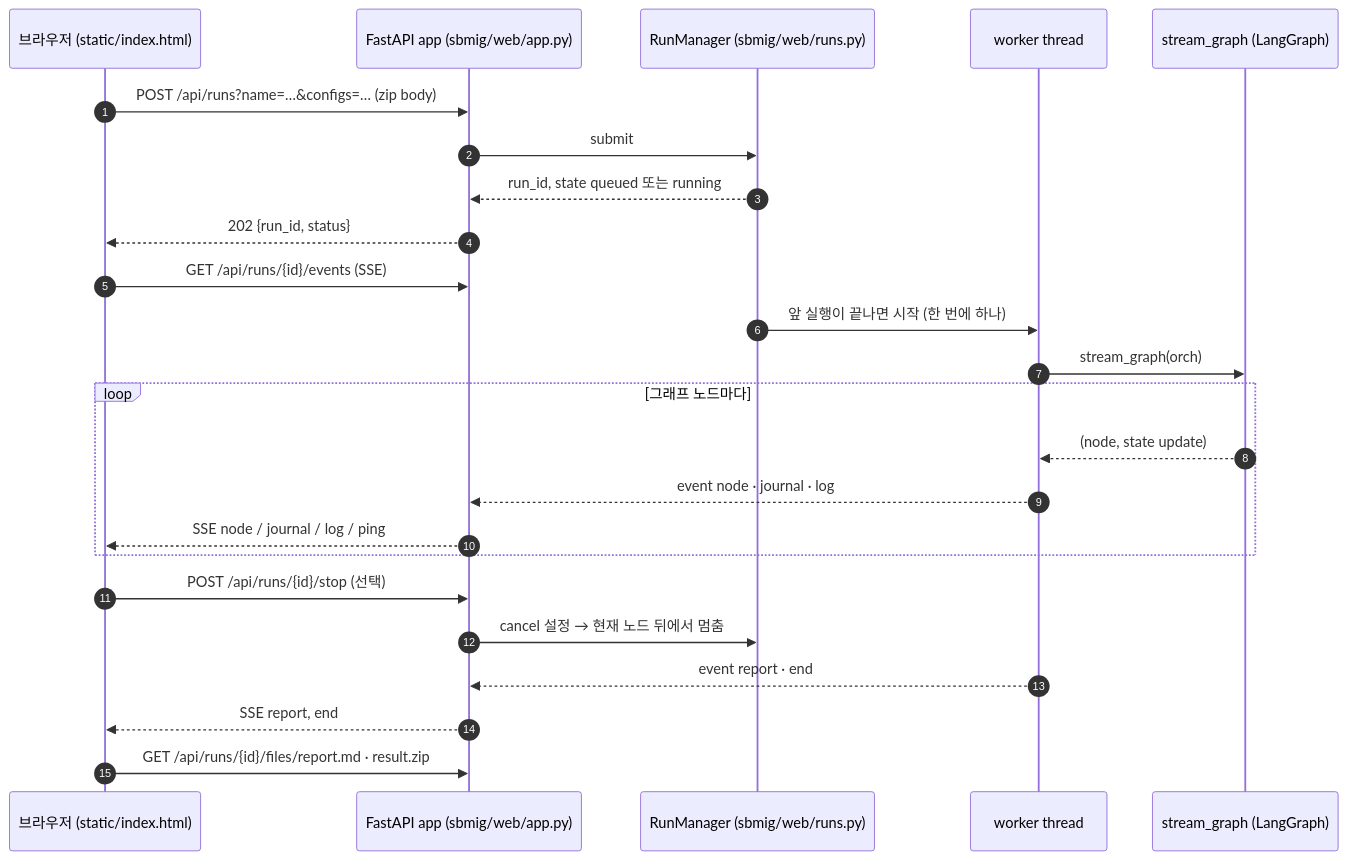
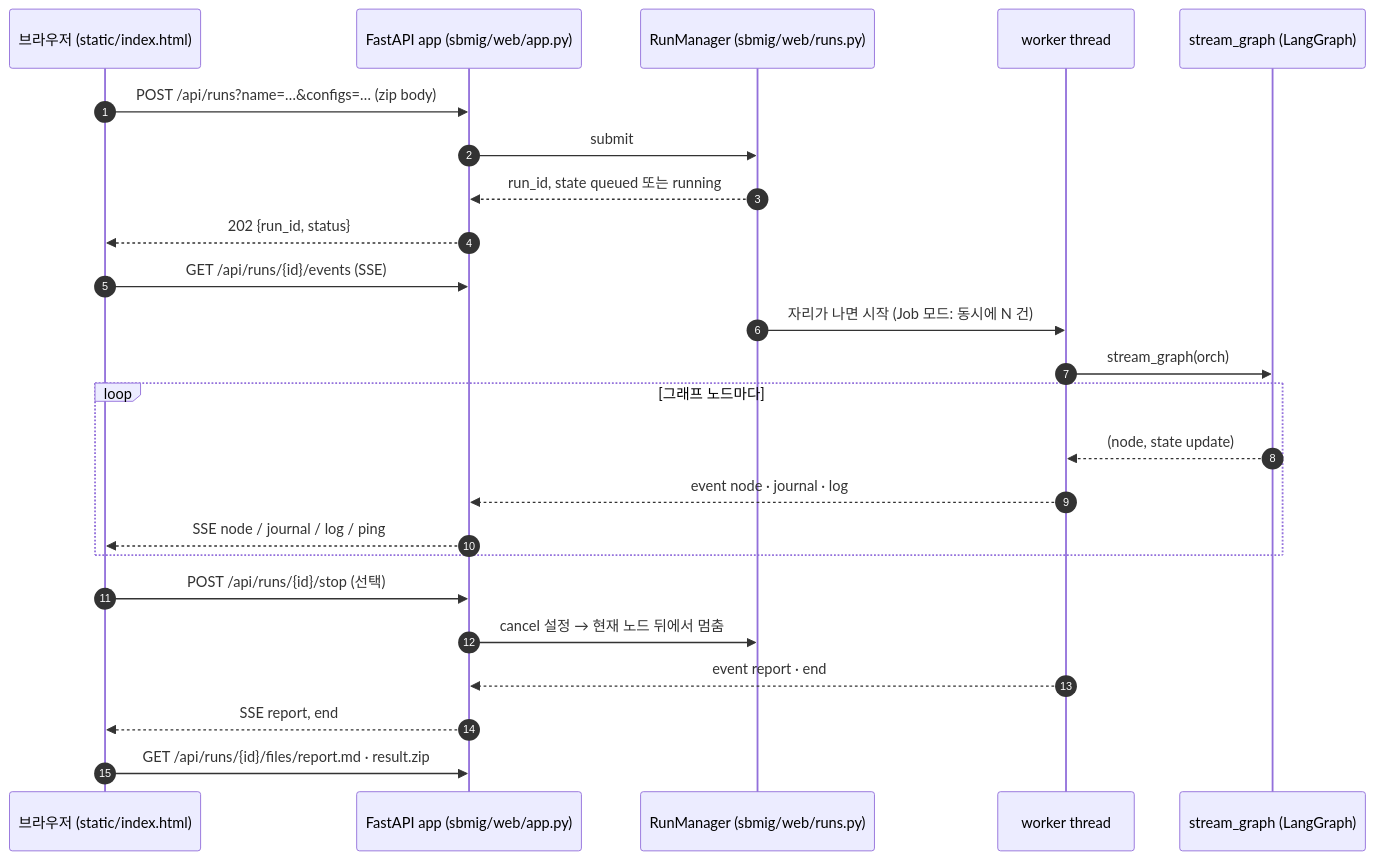
Before and after one commit to acandiatale/tutu: diagram 16 of 33 in docs/migration-agent/README.md, drawn with Mermaid. The commit also changed other lines of this file and 31 other files, not shown here.

````diff
--- a/docs/migration-agent/README.md
+++ b/docs/migration-agent/README.md
@@ -781,26 +781,26 @@
 ```mermaid
 sequenceDiagram
   autonumber
   participant B as 브라우저 (static/index.html)
   participant A as FastAPI app (sbmig/web/app.py)
   participant M as RunManager (sbmig/web/runs.py)
   participant W as worker thread
   participant G as stream_graph (LangGraph)
   B->>A: POST /api/runs?name=…&configs=…  (zip body)
   A->>M: submit
   M-->>A: run_id, state queued 또는 running
   A-->>B: 202 {run_id, status}
   B->>A: GET /api/runs/{id}/events (SSE)
-  M->>W: 앞 실행이 끝나면 시작 (한 번에 하나)
+  M->>W: 자리가 나면 시작 (Job 모드: 동시에 N 건)
   W->>G: stream_graph(orch)
   loop 그래프 노드마다
     G-->>W: (node, state update)
     W-->>A: event node · journal · log
     A-->>B: SSE node / journal / log / ping
   end
   B->>A: POST /api/runs/{id}/stop (선택)
   A->>M: cancel 설정 → 현재 노드 뒤에서 멈춤
   W-->>A: event report · end
   A-->>B: SSE report, end
   B->>A: GET /api/runs/{id}/files/report.md · result.zip
 ```
````
